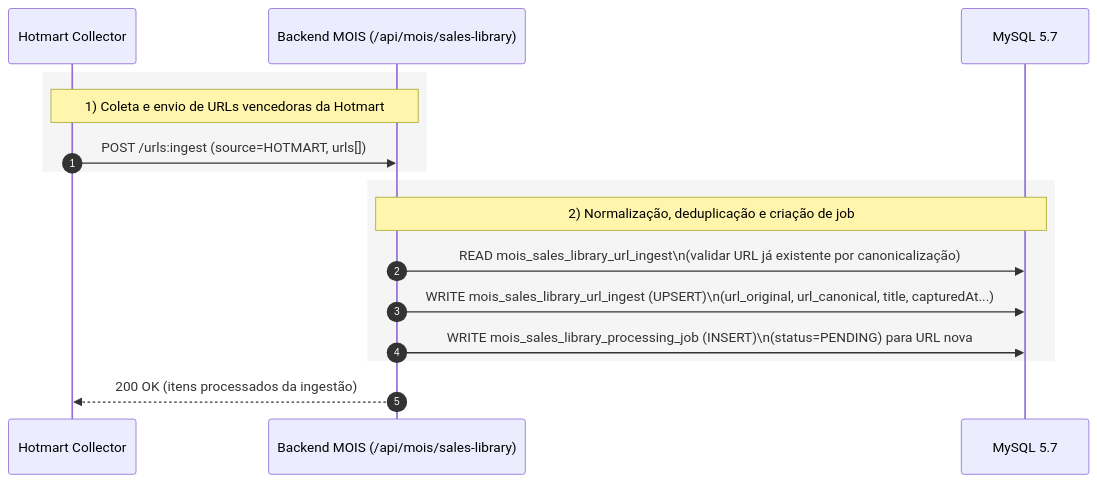
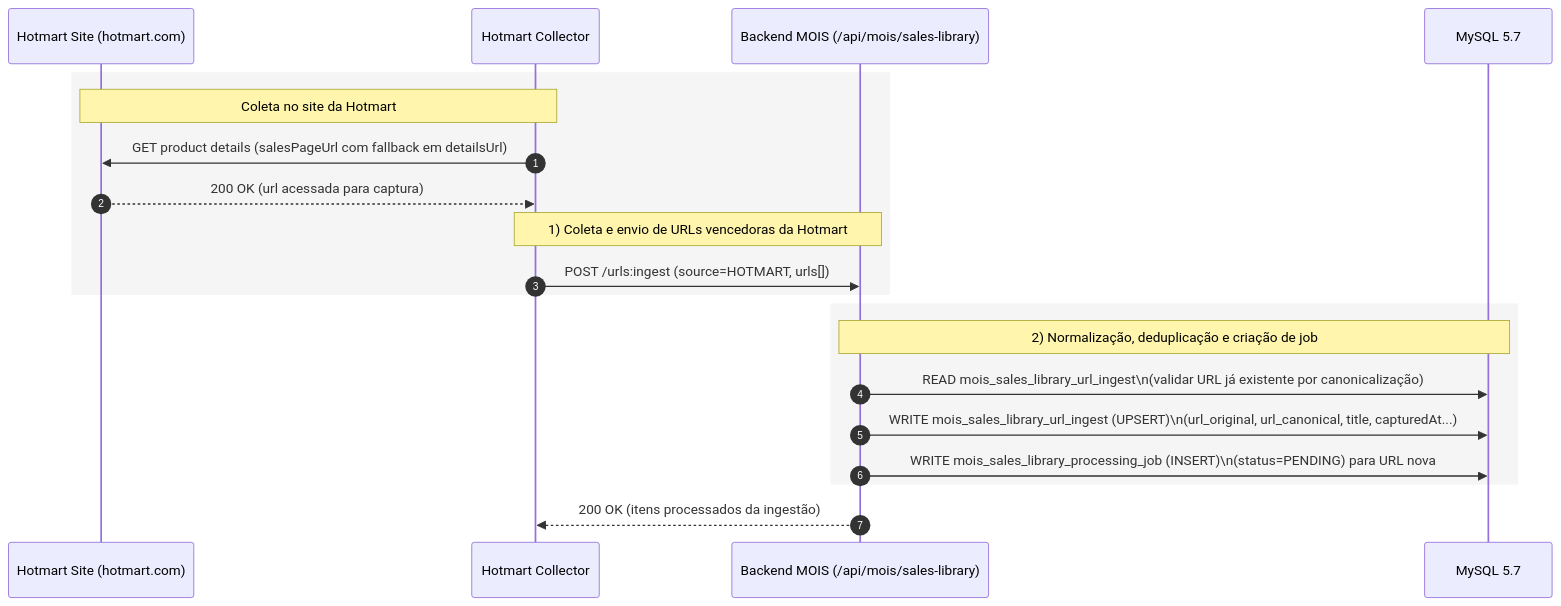
One commit to paulofor/marketing-hub changed the second of 5 diagrams in docs/canonical/mois-worker-canon.v1.md. Above: the diagram before and after it, drawn with Mermaid. The commit also changed 1 other file, not shown here.

Commit message:
docs: inclui site hotmart e url acessada no diagrama mois

````diff
--- a/docs/canonical/mois-worker-canon.v1.md
+++ b/docs/canonical/mois-worker-canon.v1.md
@@ -201,21 +201,26 @@
 ```mermaid
 sequenceDiagram
     autonumber
+    participant HS as Hotmart Site (hotmart.com)
     participant HC as Hotmart Collector
     participant API as Backend MOIS (/api/mois/sales-library)
     participant DB as MySQL 5.7
 
     rect rgb(245,245,245)
+    Note over HS,HC: Coleta no site da Hotmart
+    HC->>HS: GET product details (salesPageUrl com fallback em detailsUrl)
+    HS-->>HC: 200 OK (url acessada para captura)
+
     Note over HC,API: 1) Coleta e envio de URLs vencedoras da Hotmart
     HC->>API: POST /urls:ingest (source=HOTMART, urls[])
     end
 
     rect rgb(245,245,245)
     Note over API,DB: 2) Normalização, deduplicação e criação de job
     API->>DB: READ mois_sales_library_url_ingest\n(validar URL já existente por canonicalização)
     API->>DB: WRITE mois_sales_library_url_ingest (UPSERT)\n(url_original, url_canonical, title, capturedAt...)
     API->>DB: WRITE mois_sales_library_processing_job (INSERT)\n(status=PENDING) para URL nova
     end
 
     API-->>HC: 200 OK (itens processados da ingestão)
 ```
````
